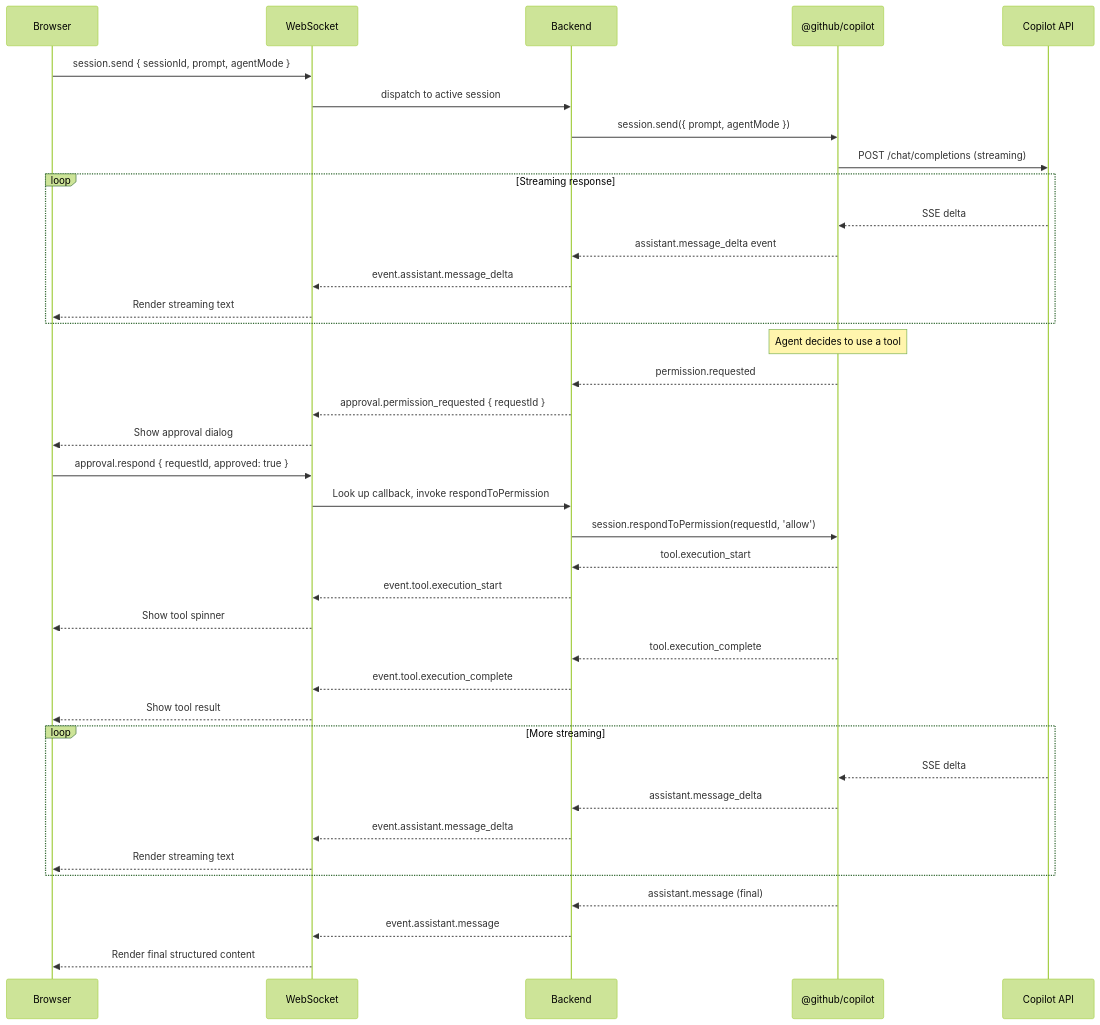
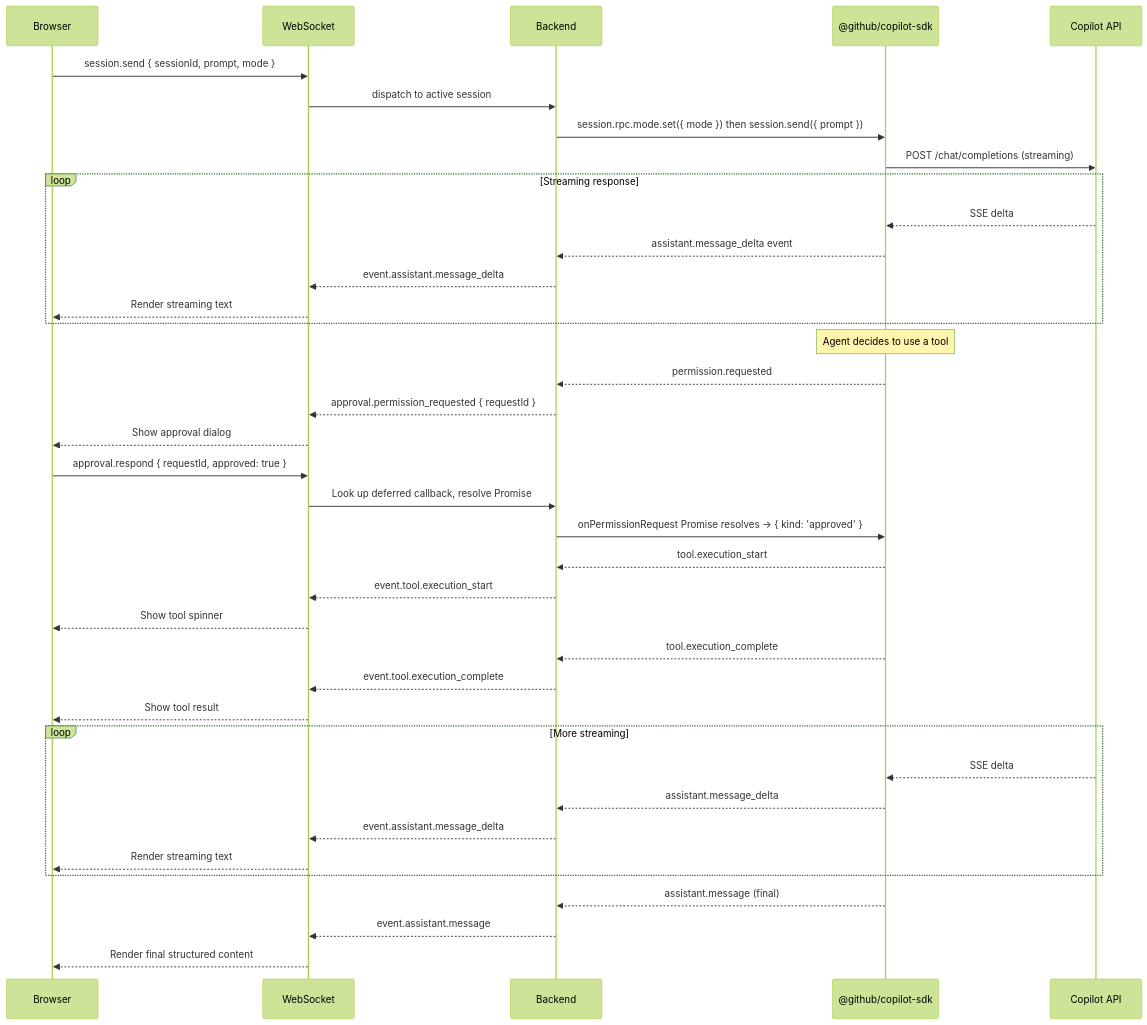
Before and after one commit to ming86/vscode: the fourth of 5 diagrams in .local/docs/copilot-cli-session/06-webapp-extraction-guide.md, drawn with Mermaid (forest theme). The commit also changed other lines of this file and 6 other files, not shown here.

````diff
--- a/.local/docs/copilot-cli-session/06-webapp-extraction-guide.md
+++ b/.local/docs/copilot-cli-session/06-webapp-extraction-guide.md
@@ -1684,49 +1589,49 @@
 ```mermaid
 sequenceDiagram
     participant Browser
     participant WS as WebSocket
     participant Backend
-    participant SDK as @github/copilot
+    participant SDK as @github/copilot-sdk
     participant API as Copilot API
 
-    Browser->>WS: session.send { sessionId, prompt, agentMode }
+    Browser->>WS: session.send { sessionId, prompt, mode }
     WS->>Backend: dispatch to active session
-    Backend->>SDK: session.send({ prompt, agentMode })
+    Backend->>SDK: session.rpc.mode.set({ mode }) then session.send({ prompt })
     SDK->>API: POST /chat/completions (streaming)
 
     loop Streaming response
         API-->>SDK: SSE delta
         SDK-->>Backend: assistant.message_delta event
         Backend-->>WS: event.assistant.message_delta
         WS-->>Browser: Render streaming text
     end
 
     Note over SDK: Agent decides to use a tool
 
     SDK-->>Backend: permission.requested
     Backend-->>WS: approval.permission_requested { requestId }
     WS-->>Browser: Show approval dialog
 
     Browser->>WS: approval.respond { requestId, approved: true }
-    WS->>Backend: Look up callback, invoke respondToPermission
-    Backend->>SDK: session.respondToPermission(requestId, 'allow')
+    WS->>Backend: Look up deferred callback, resolve Promise
+    Backend->>SDK: onPermissionRequest Promise resolves → { kind: 'approved' }
 
     SDK-->>Backend: tool.execution_start
     Backend-->>WS: event.tool.execution_start
     WS-->>Browser: Show tool spinner
 
     SDK-->>Backend: tool.execution_complete
     Backend-->>WS: event.tool.execution_complete
     WS-->>Browser: Show tool result
 
     loop More streaming
         API-->>SDK: SSE delta
         SDK-->>Backend: assistant.message_delta
         Backend-->>WS: event.assistant.message_delta
         WS-->>Browser: Render streaming text
     end
 
     SDK-->>Backend: assistant.message (final)
     Backend-->>WS: event.assistant.message
     WS-->>Browser: Render final structured content
 ```
````
